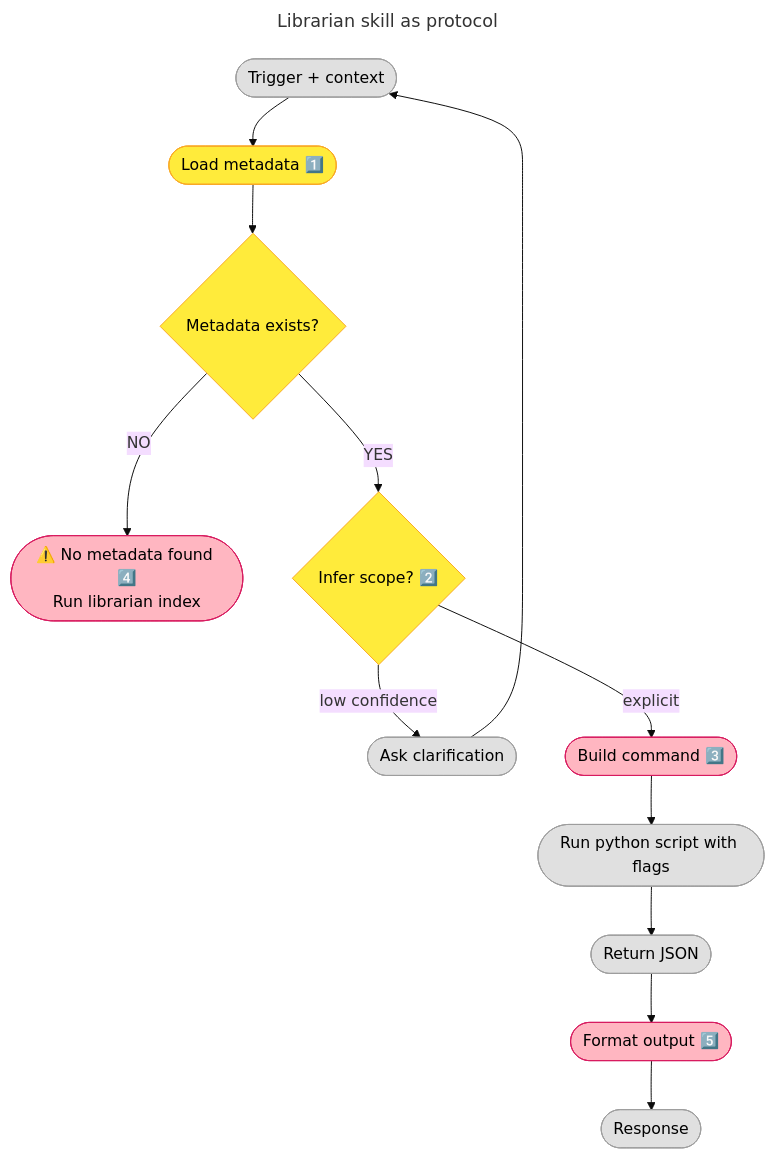
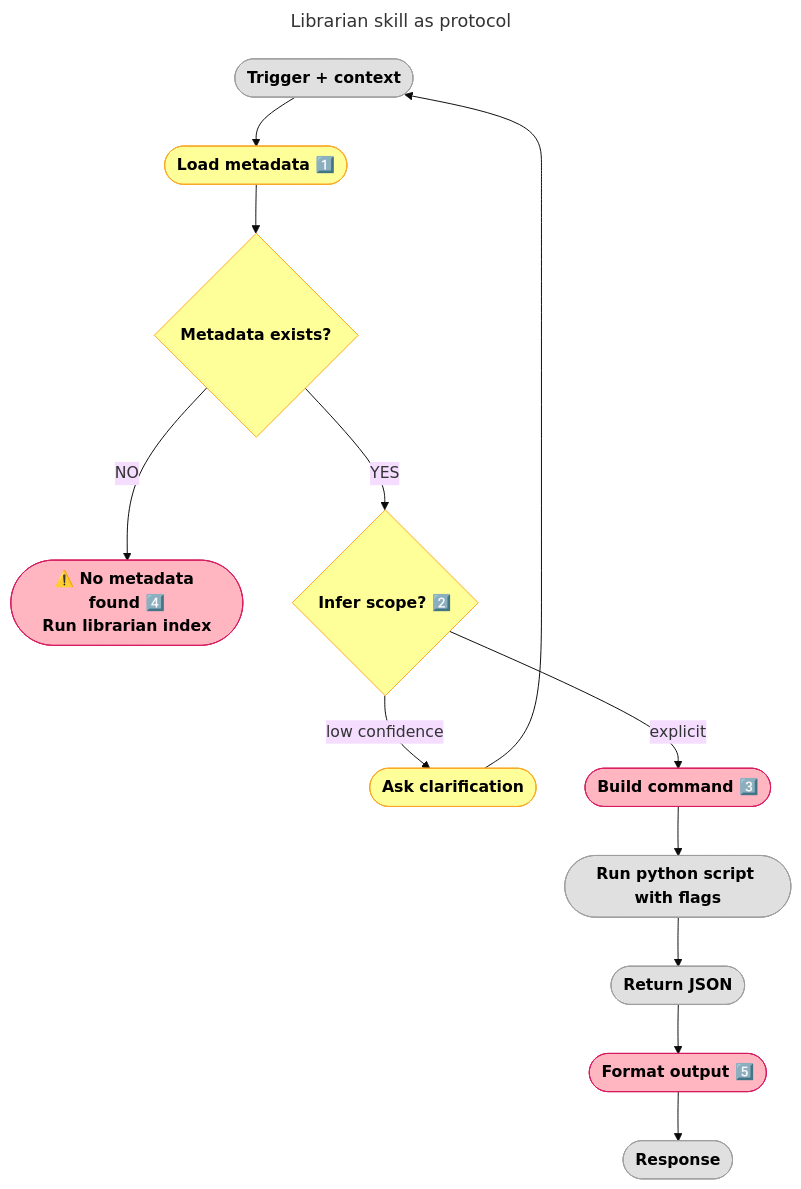
Before and after one commit to nonlinear/librarian: the diagram in backstage/epic-notes/v0.15.0-skill-protocol.md, drawn with Mermaid (base theme). The commit also changed other lines of this file, not shown here.

Commit message:
arch: Lighter yellow + bold text + Ask Clarification note
- Yellow: #FFFF99 (lighter)
- All nodes: font-weight:bold
- CLARIFY → Yellow (approved)
- Added 6️⃣ Ask Clarification defense layer note

````diff
--- a/backstage/epic-notes/v0.15.0-skill-protocol.md
+++ b/backstage/epic-notes/v0.15.0-skill-protocol.md
@@ -1,33 +1,33 @@
 ```mermaid
 ---
 title: Librarian skill as protocol
 ---
 flowchart TD
     TRIGGER(["Trigger + context"])
     TRIGGER --> METADATA(["Load metadata 1️⃣"])
     METADATA --> CHECK{"Metadata exists?"}
     CHECK -->|NO| ERROR(["⚠️ No metadata found 4️⃣<br/>Run librarian index"])
     CHECK -->|YES| INFER{"Infer scope? 2️⃣"}
     
     INFER -->|"low confidence"| CLARIFY(["Ask clarification"])
     CLARIFY --> TRIGGER
     
     INFER -->|"explicit"| BUILD(["Build command 3️⃣"])
     
     BUILD --> EXEC(["Run python script with flags"])
     EXEC --> JSON(["Return JSON"])
     JSON --> FORMAT(["Format output 5️⃣"])
     FORMAT --> USER(["Response"])
     
-    style TRIGGER fill:#E0E0E0,stroke:#9E9E9E,color:#000
-    style METADATA fill:#FFEB3B,stroke:#F9A825,color:#000
-    style INFER fill:#FFEB3B,stroke:#F9A825,color:#000
-    style CLARIFY fill:#E0E0E0,stroke:#9E9E9E,color:#000
-    style BUILD fill:#FFB6C1,stroke:#D81B60,color:#000
-    style EXEC fill:#E0E0E0,stroke:#9E9E9E,color:#000
-    style JSON fill:#E0E0E0,stroke:#9E9E9E,color:#000
-    style FORMAT fill:#FFB6C1,stroke:#D81B60,color:#000
-    style USER fill:#E0E0E0,stroke:#9E9E9E,color:#000
-    style CHECK fill:#FFEB3B,stroke:#F9A825,color:#000
-    style ERROR fill:#FFB6C1,stroke:#D81B60,color:#000
+    style TRIGGER fill:#E0E0E0,stroke:#9E9E9E,color:#000,font-weight:bold
+    style METADATA fill:#FFFF99,stroke:#F9A825,color:#000,font-weight:bold
+    style INFER fill:#FFFF99,stroke:#F9A825,color:#000,font-weight:bold
+    style CLARIFY fill:#FFFF99,stroke:#F9A825,color:#000,font-weight:bold
+    style BUILD fill:#FFB6C1,stroke:#D81B60,color:#000,font-weight:bold
+    style EXEC fill:#E0E0E0,stroke:#9E9E9E,color:#000,font-weight:bold
+    style JSON fill:#E0E0E0,stroke:#9E9E9E,color:#000,font-weight:bold
+    style FORMAT fill:#FFB6C1,stroke:#D81B60,color:#000,font-weight:bold
+    style USER fill:#E0E0E0,stroke:#9E9E9E,color:#000,font-weight:bold
+    style CHECK fill:#FFFF99,stroke:#F9A825,color:#000,font-weight:bold
+    style ERROR fill:#FFB6C1,stroke:#D81B60,color:#000,font-weight:bold
 ```
````
